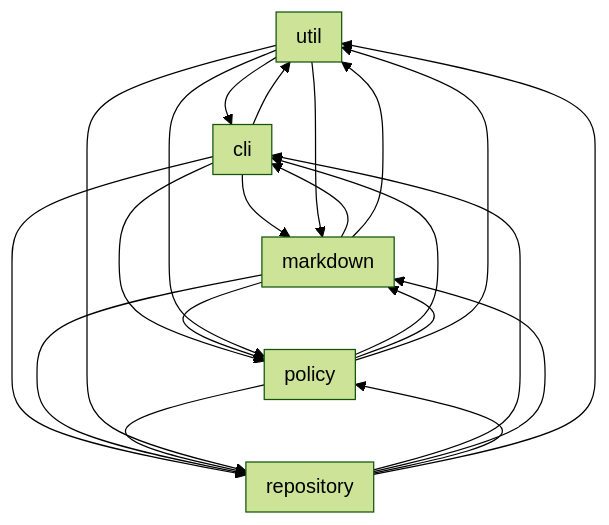
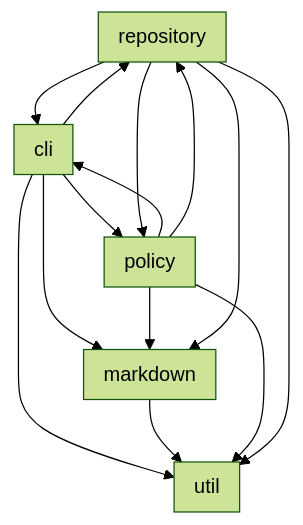
Before and after one commit to doikayt/build-tools: the first of 6 diagrams in javascript/tooling-core/README.md, drawn with Mermaid (forest theme). The commit also changed 4 other files, not shown here.

````diff
--- a/javascript/tooling-core/README.md
+++ b/javascript/tooling-core/README.md
@@ -131,34 +131,27 @@
 ```mermaid
 flowchart TB
   subgraph cli["cli"]
   end
   subgraph markdown["markdown"]
   end
   subgraph policy["policy"]
   end
   subgraph repository["repository"]
   end
   subgraph util["util"]
   end
 
   cli --> markdown
   cli --> policy
   cli --> repository
   cli --> util
-  markdown --> cli
-  markdown --> policy
-  markdown --> repository
   markdown --> util
   policy --> cli
   policy --> markdown
   policy --> repository
   policy --> util
   repository --> cli
   repository --> markdown
   repository --> policy
   repository --> util
-  util --> cli
-  util --> markdown
-  util --> policy
-  util --> repository
 ```
````
